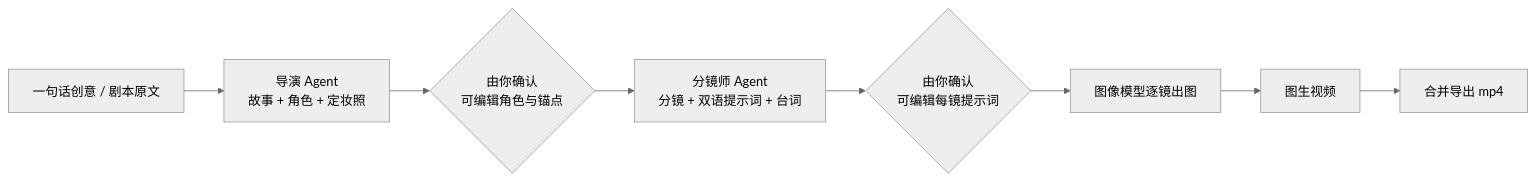
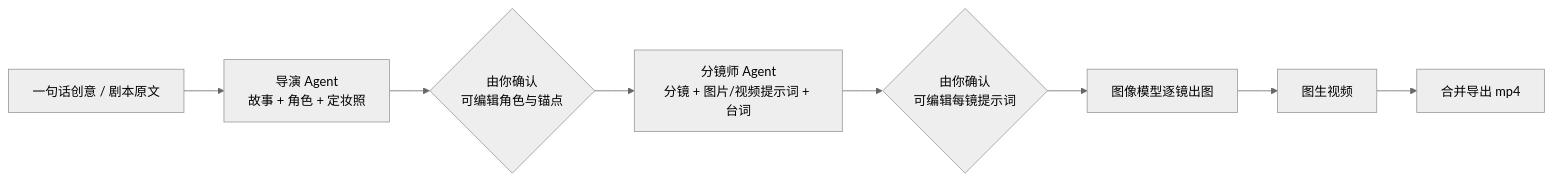
The diagram in README.md (wenliu3/jingxu-frameflow), drawn with Mermaid (neutral theme) before and after one commit. The commit also changed other lines of this file and 63 other files, not shown here.

First line of the commit message:
feat: Ref2VA 多图参考链路 + H3 提示词规则源 + 素材/生成记录多处修复

````diff
--- a/README.md
+++ b/README.md
@@ -36,10 +36,10 @@
 ```mermaid
 flowchart LR
     A[一句话创意 / 剧本原文] --> B[导演 Agent<br/>故事 + 角色 + 定妆照]
     B --> C{由你确认<br/>可编辑角色与锚点}
-    C --> D[分镜师 Agent<br/>分镜 + 双语提示词 + 台词]
+    C --> D[分镜师 Agent<br/>分镜 + 图片/视频提示词 + 台词]
     D --> E{由你确认<br/>可编辑每镜提示词}
     E --> F[图像模型逐镜出图]
     F --> G[图生视频]
     G --> H[合并导出 mp4]
 ```
````
